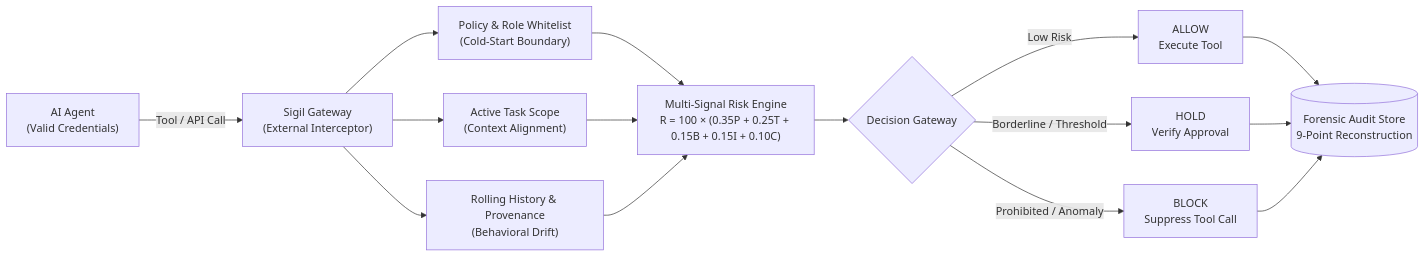
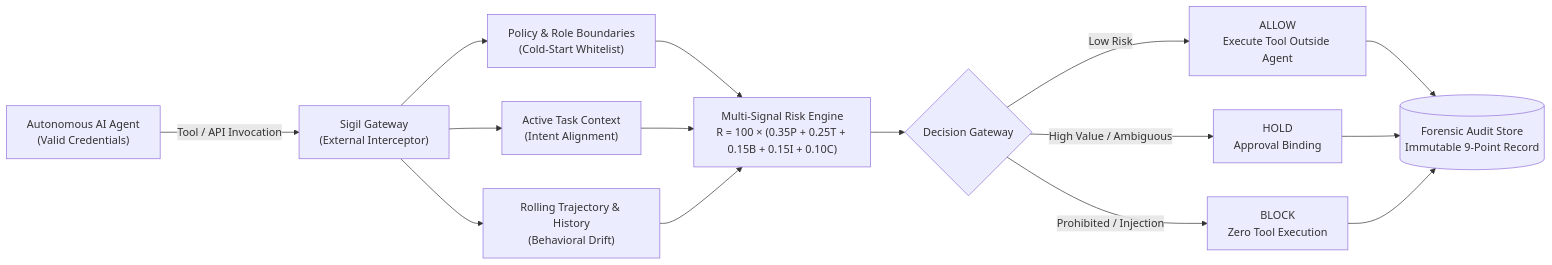
Before and after one commit to bitbyrizbit/sigil: the first of 3 diagrams in README.md, drawn with Mermaid. The commit also changed other lines of this file, not shown here.

````diff
--- a/README.md
+++ b/README.md
@@ -12,13 +11,13 @@
 ```mermaid
 flowchart LR
-    A["AI Agent<br/>(Valid Credentials)"] -->|Tool / API Call| G["Sigil Gateway<br/>(External Interceptor)"]
-    G --> P["Policy & Role Whitelist<br/>(Cold-Start Boundary)"]
-    G --> T["Active Task Scope<br/>(Context Alignment)"]
-    G --> B["Rolling History & Provenance<br/>(Behavioral Drift)"]
+    A["Autonomous AI Agent<br/>(Valid Credentials)"] -->|Tool / API Invocation| G["Sigil Gateway<br/>(External Interceptor)"]
+    G --> P["Policy & Role Boundaries<br/>(Cold-Start Whitelist)"]
+    G --> T["Active Task Context<br/>(Intent Alignment)"]
+    G --> B["Rolling Trajectory & History<br/>(Behavioral Drift)"]
     P & T & B --> S["Multi-Signal Risk Engine<br/>R = 100 × (0.35P + 0.25T + 0.15B + 0.15I + 0.10C)"]
     S --> D{"Decision Gateway"}
-    D -->|Low Risk| AL["ALLOW<br/>Execute Tool"]
-    D -->|Borderline / Threshold| H["HOLD<br/>Verify Approval"]
-    D -->|Prohibited / Anomaly| BL["BLOCK<br/>Suppress Tool Call"]
-    AL & H & BL --> AU[("Forensic Audit Store<br/>9-Point Reconstruction")]
+    D -->|Low Risk| AL["ALLOW<br/>Execute Tool Outside Agent"]
+    D -->|High Value / Ambiguous| H["HOLD<br/>Approval Binding"]
+    D -->|Prohibited / Injection| BL["BLOCK<br/>Zero Tool Execution"]
+    AL & H & BL --> AU[("Forensic Audit Store<br/>Immutable 9-Point Record")]
 ```
````
